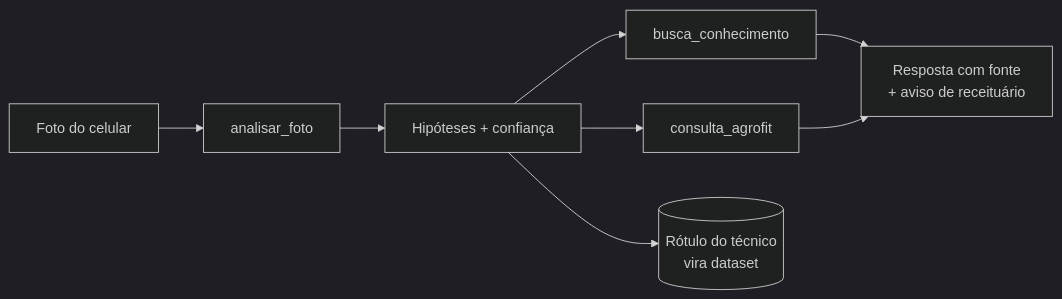
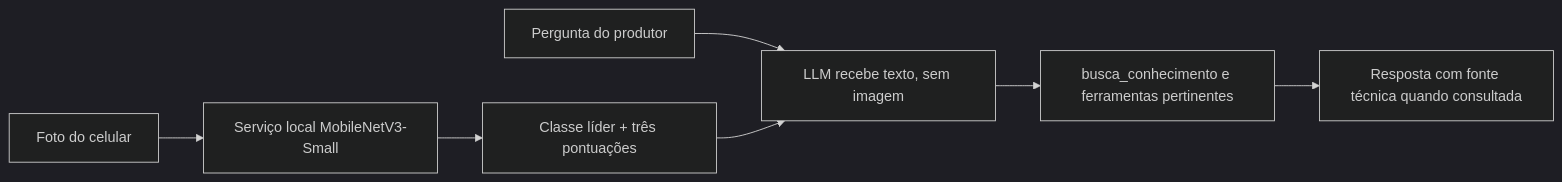
Before and after one commit to LuizEduPires/Deep-Learning: the second of 2 diagrams in docs/06-panorama-e-deep-learning.md, drawn with Mermaid (dark theme). The commit also changed other lines of this file and 29 other files, not shown here.

````diff
--- a/docs/06-panorama-e-deep-learning.md
+++ b/docs/06-panorama-e-deep-learning.md
@@ -345,10 +352,9 @@
 ```mermaid
 flowchart LR
-    F[Foto do celular] --> V[analisar_foto]
-    V --> H[Hipóteses + confiança]
-    H --> BC[busca_conhecimento]
-    H --> CA[consulta_agrofit]
-    BC --> R[Resposta com fonte<br/>+ aviso de receituário]
-    CA --> R
-    H --> L[(Rótulo do técnico<br/>vira dataset)]
+    F[Foto do celular] --> V[Serviço local MobileNetV3-Small]
+    V --> H[Classe líder + três pontuações]
+    Q[Pergunta do produtor] --> L[LLM recebe texto, sem imagem]
+    H --> L
+    L --> BC[busca_conhecimento e ferramentas pertinentes]
+    BC --> R[Resposta com fonte técnica quando consultada]
 ```
````
